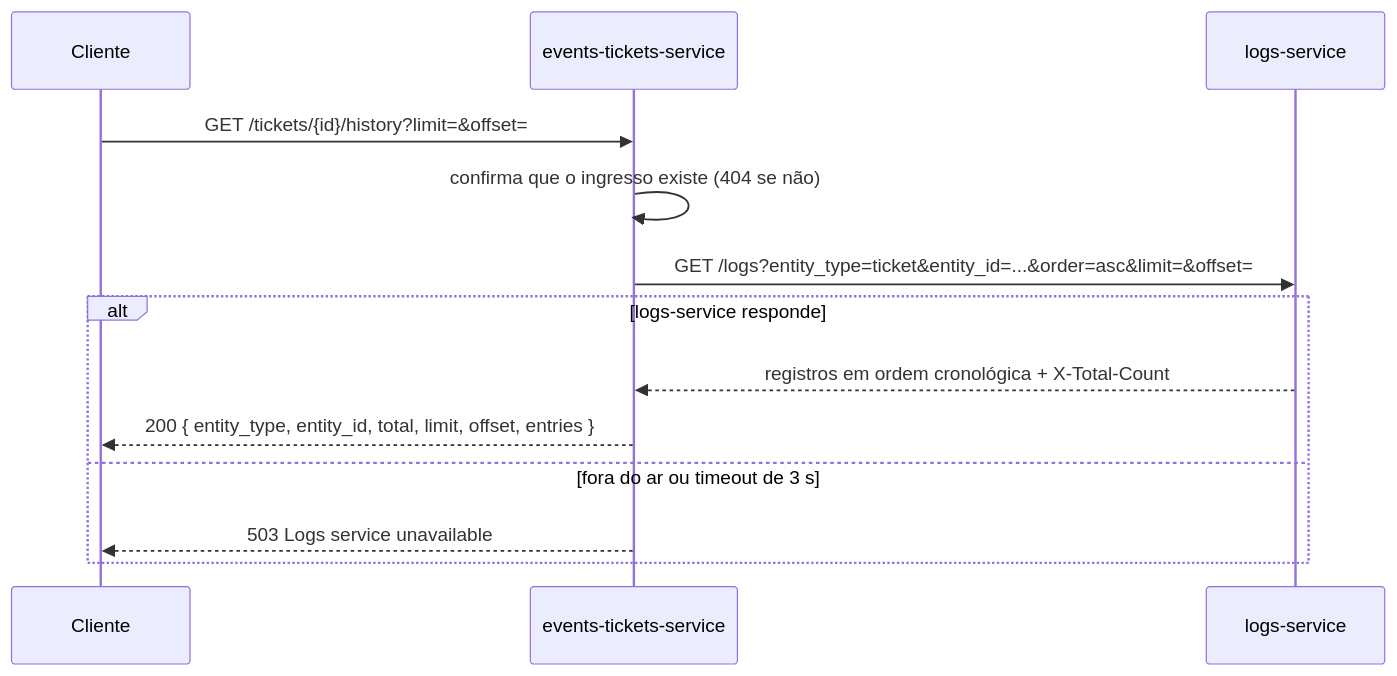
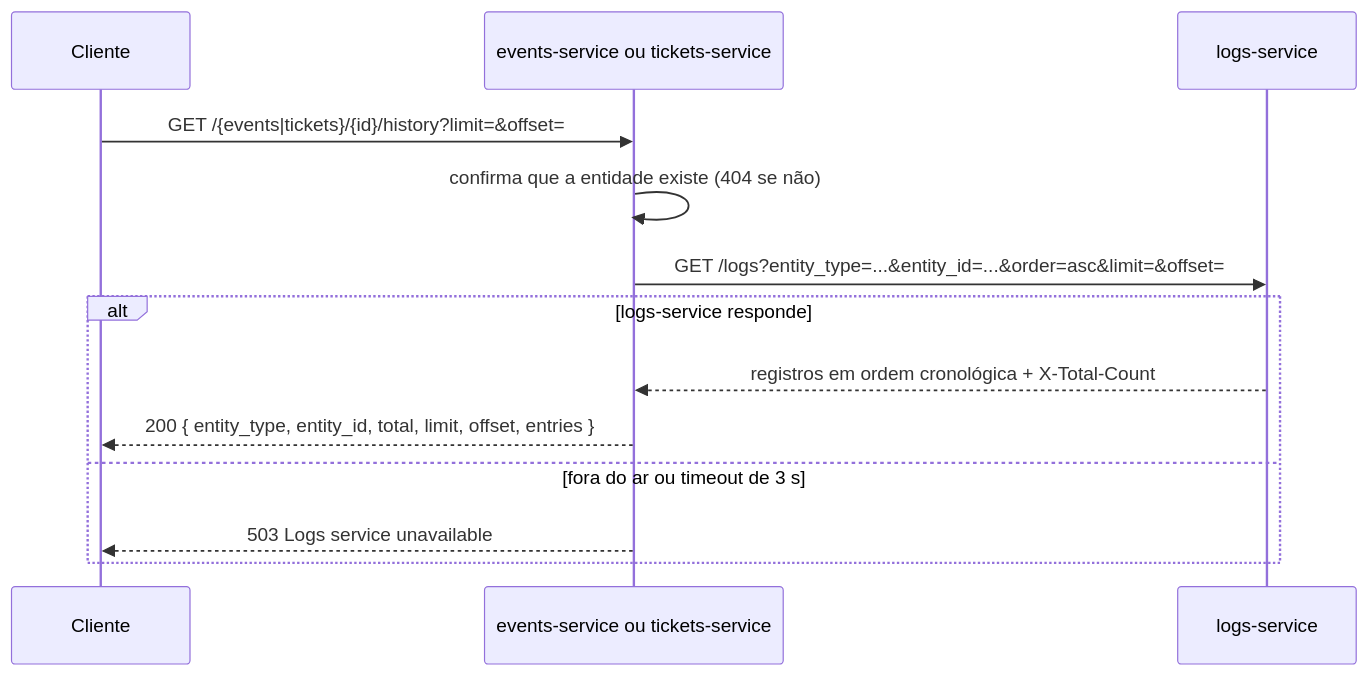
Before and after one commit to Igor-Lazarin-Oliani/events-tickets-ms: the third of 3 diagrams in docs/contratos-api.md, drawn with Mermaid. The commit also changed other lines of this file and 158 other files, not shown here.

Commit message:
feat: separa eventos e ingressos em events-service (JavaScript) e tickets-service (TypeScript), com três bancos e mensageria nos dois sentidos

````diff
--- a/docs/contratos-api.md
+++ b/docs/contratos-api.md
@@ -198,15 +264,15 @@
 ```mermaid
 sequenceDiagram
     participant C as Cliente
-    participant S as events-tickets-service
+    participant S as events-service ou tickets-service
     participant L as logs-service
-    C->>S: GET /tickets/{id}/history?limit=&offset=
-    S->>S: confirma que o ingresso existe (404 se não)
-    S->>L: GET /logs?entity_type=ticket&entity_id=...&order=asc&limit=&offset=
+    C->>S: GET /{events|tickets}/{id}/history?limit=&offset=
+    S->>S: confirma que a entidade existe (404 se não)
+    S->>L: GET /logs?entity_type=...&entity_id=...&order=asc&limit=&offset=
     alt logs-service responde
         L-->>S: registros em ordem cronológica + X-Total-Count
         S-->>C: 200 { entity_type, entity_id, total, limit, offset, entries }
     else fora do ar ou timeout de 3 s
         S-->>C: 503 Logs service unavailable
     end
 ```
````
